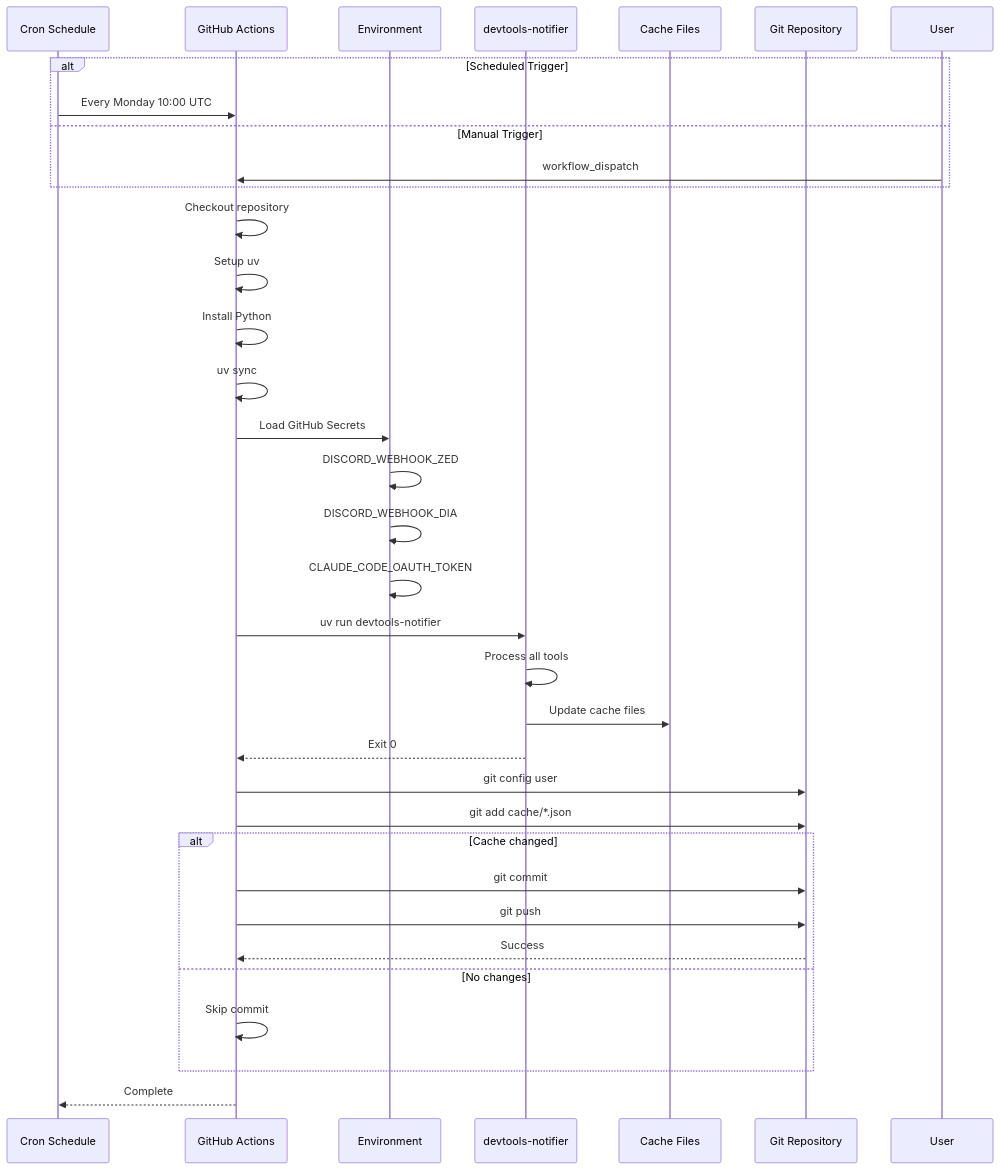
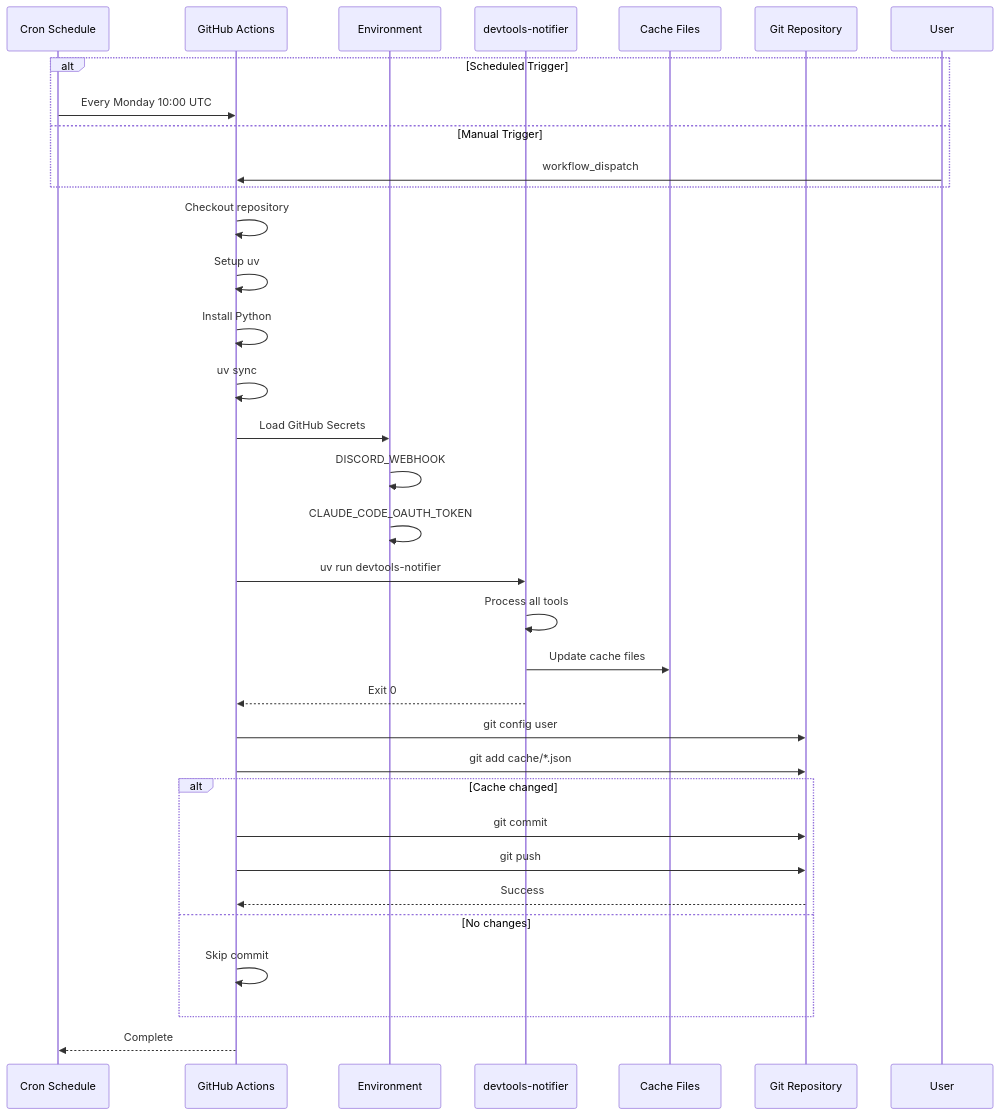
One commit to rysk-tanaka/devtools-release-notifier changed the tenth of 13 diagrams in docs/sequence-diagram.md. Above: the diagram before and after it, drawn with Mermaid. The commit also changed 1 other file, not shown here.

Commit message:
refactor: use common DISCORD_WEBHOOK environment variable
- Update README.md to use single DISCORD_WEBHOOK instead of tool-specific webhooks
- Change description to emphasize this is a generic system for any dev tools
- Add note that Zed Editor and Dia Browser are just examples
- Update config.yml example to use DISCORD_WEBHOOK
- Add detailed configuration item descriptions
- Update GitHub Secrets section to reflect common webhook
- Update docs/sequence-diagram.md environment variables section

This makes the system more flexible and easier to configure.

````diff
--- a/docs/sequence-diagram.md
+++ b/docs/sequence-diagram.md
@@ -370,43 +370,42 @@
 ```mermaid
 sequenceDiagram
     participant Schedule as Cron Schedule
     participant GHA as GitHub Actions
     participant Env as Environment
     participant Script as devtools-notifier
     participant Cache as Cache Files
     participant Git as Git Repository
 
     alt Scheduled Trigger
         Schedule->>GHA: Every Monday 10:00 UTC
     else Manual Trigger
         User->>GHA: workflow_dispatch
     end
 
     GHA->>GHA: Checkout repository
     GHA->>GHA: Setup uv
     GHA->>GHA: Install Python
     GHA->>GHA: uv sync
 
     GHA->>Env: Load GitHub Secrets
-    Env->>Env: DISCORD_WEBHOOK_ZED
-    Env->>Env: DISCORD_WEBHOOK_DIA
+    Env->>Env: DISCORD_WEBHOOK
     Env->>Env: CLAUDE_CODE_OAUTH_TOKEN
 
     GHA->>Script: uv run devtools-notifier
     Script->>Script: Process all tools
     Script->>Cache: Update cache files
     Script-->>GHA: Exit 0
 
     GHA->>Git: git config user
     GHA->>Git: git add cache/*.json
 
     alt Cache changed
         GHA->>Git: git commit
         GHA->>Git: git push
         Git-->>GHA: Success
     else No changes
         GHA->>GHA: Skip commit
     end
 
     GHA-->>Schedule: Complete
 ```
````
